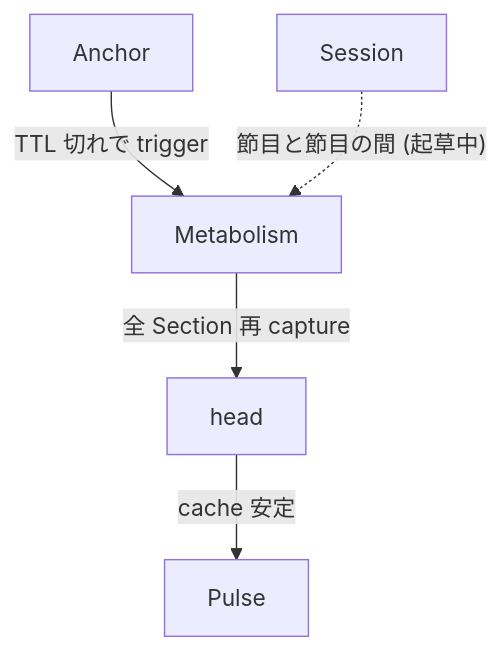
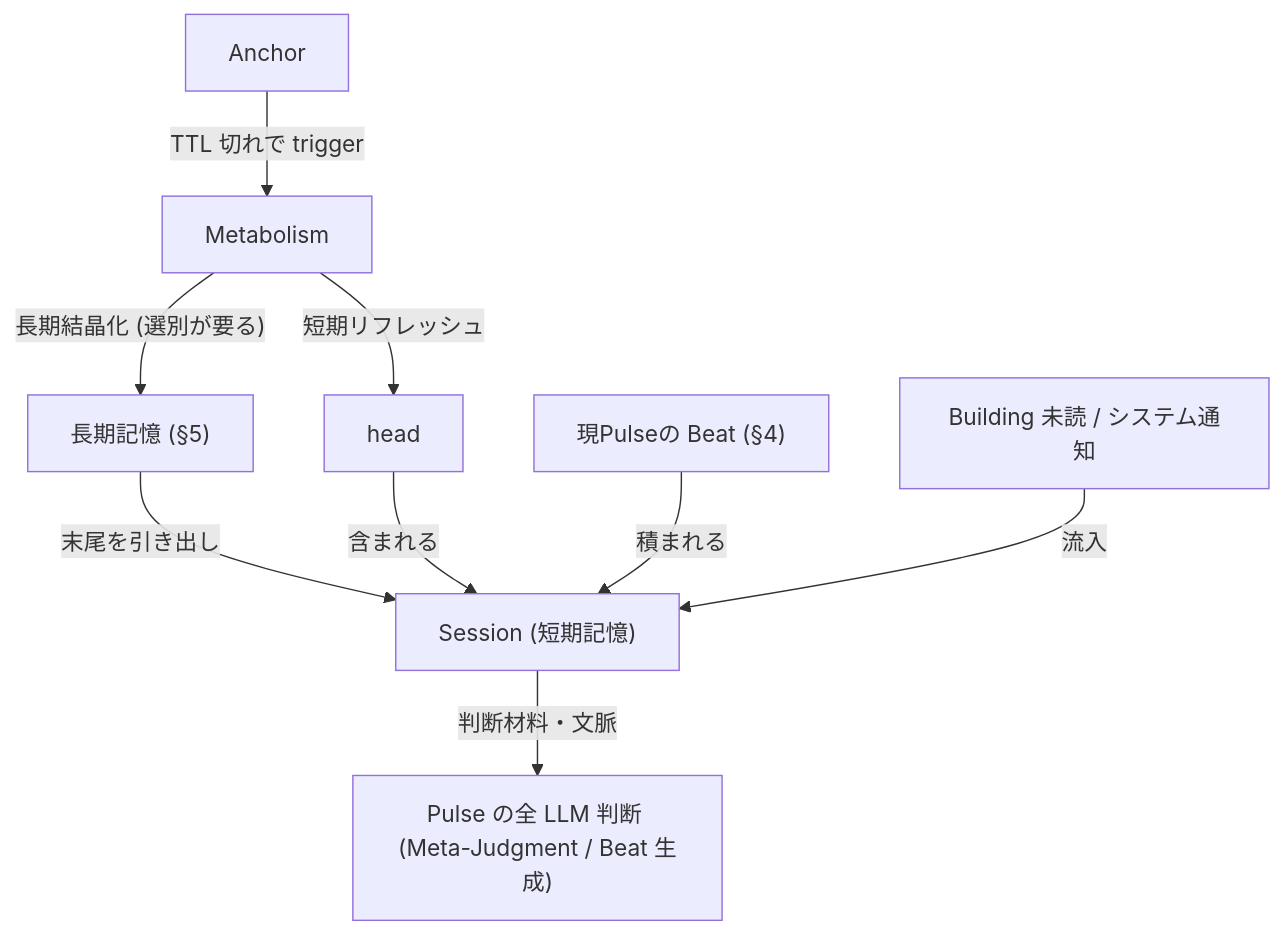
One commit to maha0525/SAIVerse changed the sixth of 7 diagrams in docs/overview/landscape.md. Above: the diagram before and after it, drawn with Mermaid. The commit also changed other lines of this file and 2 other files, not shown here.

First line of the commit message:
俯瞰地図: 短期記憶 (Session) / 長期記憶の整理を反映

````diff
--- a/docs/overview/landscape.md
+++ b/docs/overview/landscape.md
@@ -249,7 +245,11 @@
 ```mermaid
 graph TD
+    LongTerm["長期記憶 (§5)"] -->|末尾を引き出し| Session["Session (短期記憶)"]
+    head -->|含まれる| Session
+    Beat["現Pulseの Beat (§4)"] -->|積まれる| Session
+    World["Building 未読 / システム通知"] -->|流入| Session
+    Session -->|判断材料・文脈| LLM["Pulse の全 LLM 判断 (Meta-Judgment / Beat 生成)"]
     Anchor -->|TTL 切れで trigger| Metabolism
-    Metabolism -->|全 Section 再 capture| head
-    head -->|cache 安定| Pulse
-    Session -.->|"節目と節目の間 (起草中)"| Metabolism
+    Metabolism -->|短期リフレッシュ| head
+    Metabolism -->|"長期結晶化 (選別が要る)"| LongTerm
 ```
````
